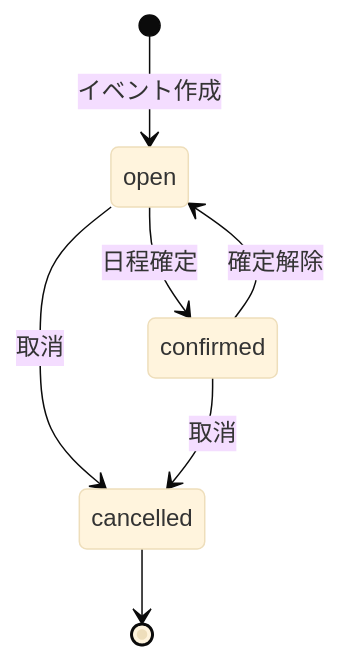
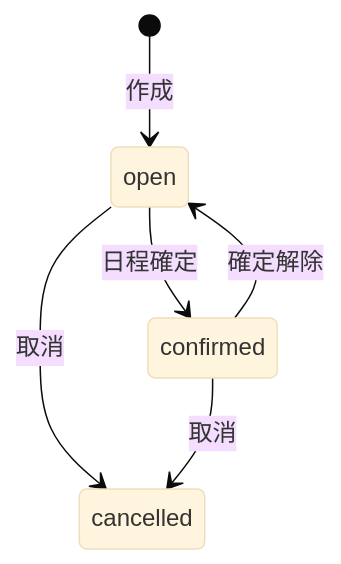
One commit to Astalum/vacaro-back changed the diagram in docs/api-design.md. Above: the diagram before and after it, drawn with Mermaid (base theme). The commit also changed other lines of this file and 44 other files, not shown here.

````diff
--- a/docs/api-design.md
+++ b/docs/api-design.md
@@ -509,9 +738,8 @@
 ```mermaid
 stateDiagram-v2
-    [*] --> open: イベント作成
+    [*] --> open: 作成
     open --> confirmed: 日程確定
     confirmed --> open: 確定解除
     open --> cancelled: 取消
     confirmed --> cancelled: 取消
-    cancelled --> [*]
 ```
````
